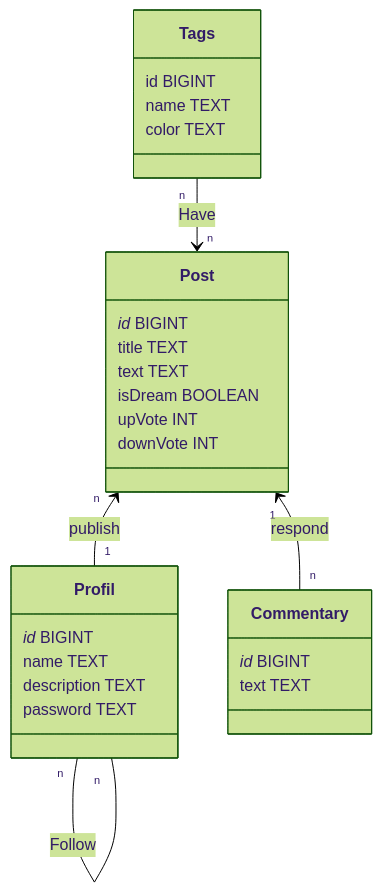
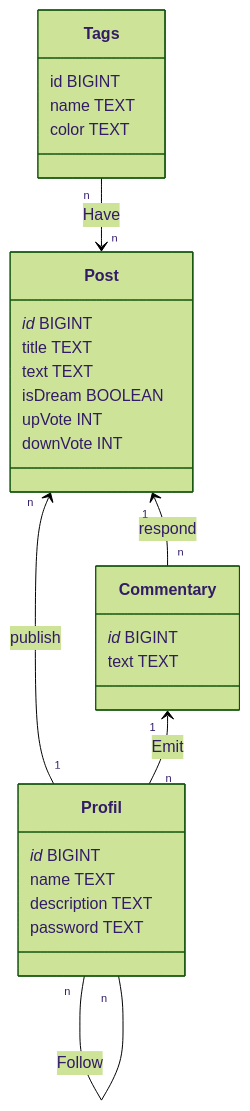
The first of 2 diagrams in README.md (Assassymfony/Fukashitapi), drawn with Mermaid (forest theme) before and after one commit. The commit also changed other lines of this file, not shown here.

````diff
--- a/README.md
+++ b/README.md
@@ -19,36 +19,37 @@
 ```mermaid
 classDiagram
     class Post{
         _id_ BIGINT
         title TEXT
         text TEXT
         isDream BOOLEAN
         upVote INT
         downVote INT
     }
 
     class Profil{
         _id_ BIGINT
         name TEXT
         description TEXT
         password TEXT
     }
 
     class Tags{
         id BIGINT
         name TEXT
         color TEXT
     }
 
     class Commentary{
         _id_ BIGINT
         text TEXT
     }
 
     Post "1" <-- "n" Commentary : respond
     Post "n" <-- "1" Profil : publish
     Tags "n" --> "n" Post : Have
     Profil "n" -- "n" Profil : Follow 
+    Commentary "1" <-- "n" Profil : Emit
 
 
 ```
````
